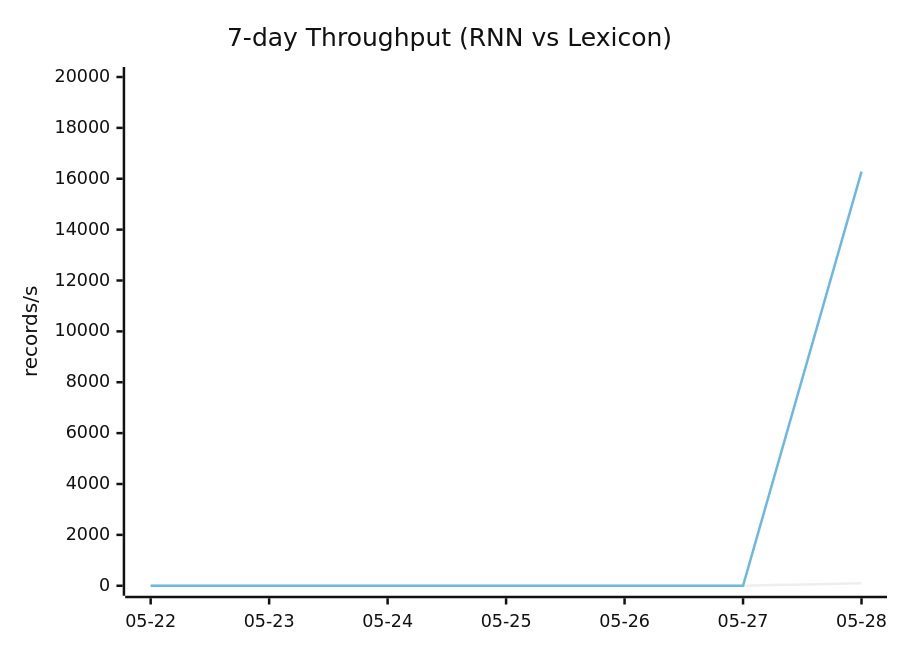
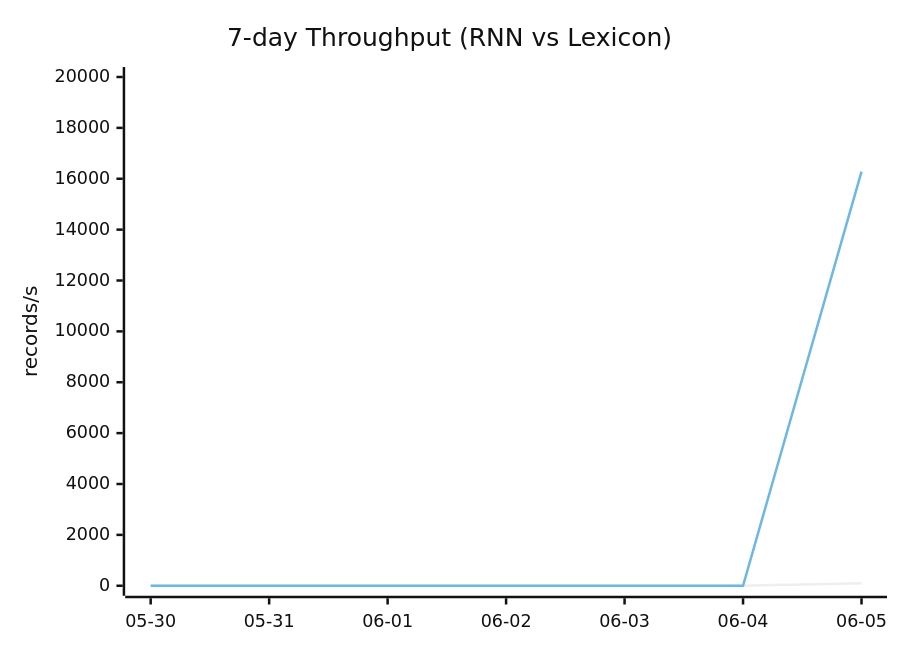
Before and after one commit to yakiniku35/stock_predict: the first of 2 diagrams in data/monitoring/ab_report_daily.md, drawn with Mermaid (neutral theme). The commit also changed other lines of this file and 2 other files, not shown here.

````diff
--- a/data/monitoring/ab_report_daily.md
+++ b/data/monitoring/ab_report_daily.md
@@ -13,8 +13,8 @@
 ```mermaid
 xychart-beta
     title "7-day Throughput (RNN vs Lexicon)"
-    x-axis [05-22, 05-23, 05-24, 05-25, 05-26, 05-27, 05-28]
+    x-axis [05-30, 05-31, 06-01, 06-02, 06-03, 06-04, 06-05]
     y-axis "records/s" 0 --> 20000
     line "RNN" [0.0, 0.0, 0.0, 0.0, 0.0, 0.0, 101.91]
     line "Lexicon" [0.0, 0.0, 0.0, 0.0, 0.0, 0.0, 16282.05]
 ```
````
